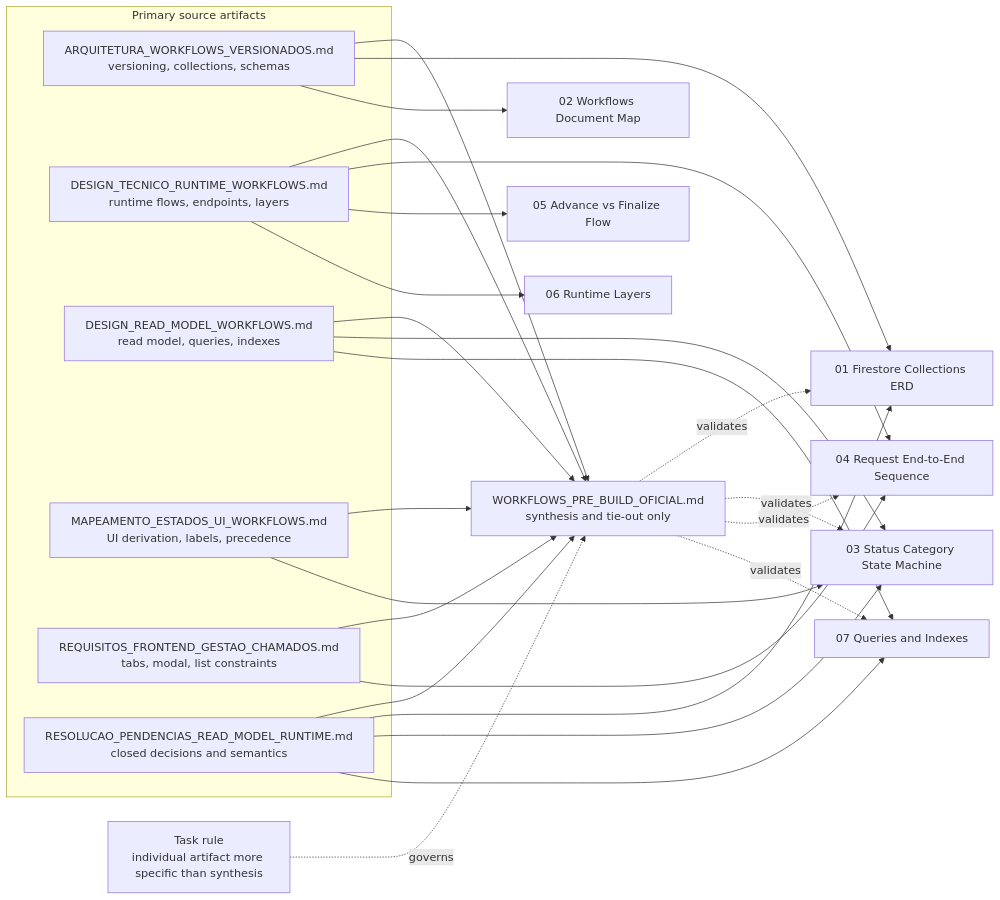
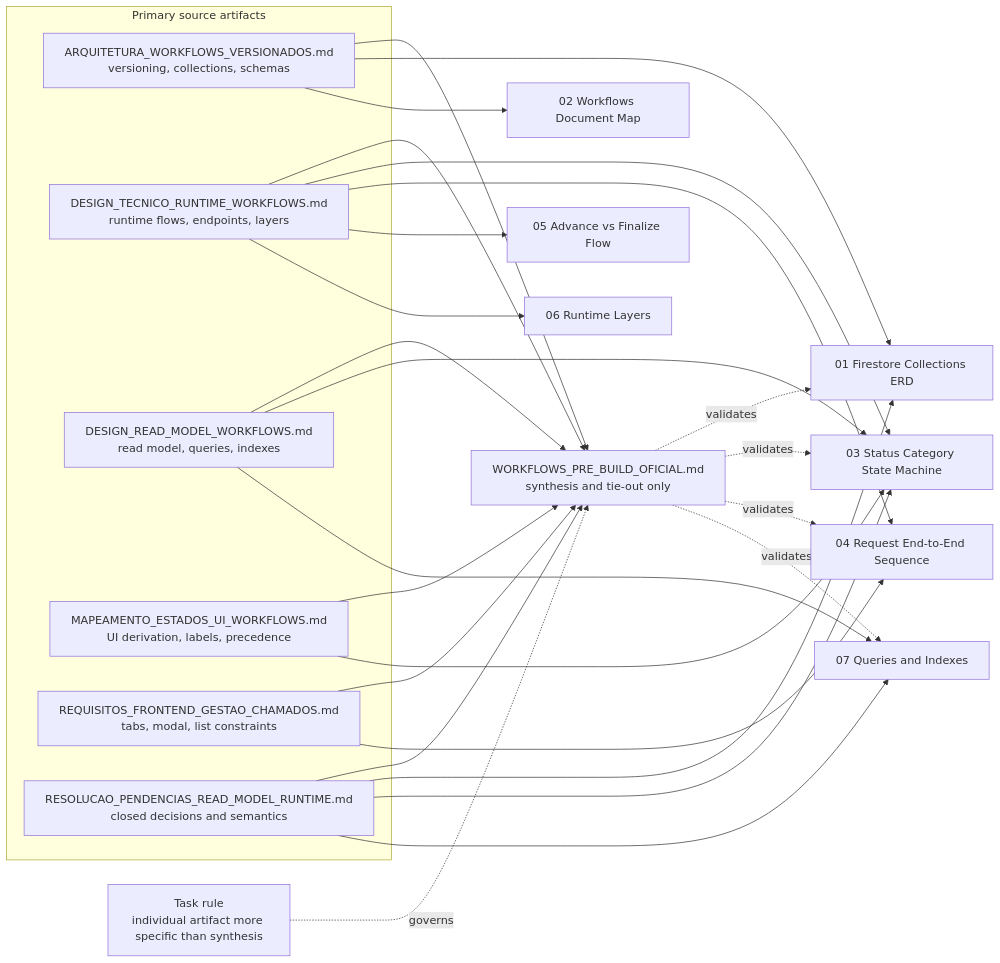
The diagram in docs/workflows_new/docs_step2/diagrams/02-workflows-document-map.mmd (3Ainvestimentos/Connect-backup), drawn with Mermaid before and after one commit. The commit also changed 1 other file, not shown here.

Commit message:
update diagrams

```diff
--- a/docs/workflows_new/docs_step2/diagrams/02-workflows-document-map.mmd
+++ b/docs/workflows_new/docs_step2/diagrams/02-workflows-document-map.mmd
@@ -1,37 +1,38 @@
 flowchart LR
     R["Task rule<br/>individual artifact more specific than synthesis"] -. governs .-> S
 
     subgraph P["Primary source artifacts"]
         A["ARQUITETURA_WORKFLOWS_VERSIONADOS.md<br/>versioning, collections, schemas"]
         B["DESIGN_TECNICO_RUNTIME_WORKFLOWS.md<br/>runtime flows, endpoints, layers"]
         C["DESIGN_READ_MODEL_WORKFLOWS.md<br/>read model, queries, indexes"]
         D["MAPEAMENTO_ESTADOS_UI_WORKFLOWS.md<br/>UI derivation, labels, precedence"]
         E["REQUISITOS_FRONTEND_GESTAO_CHAMADOS.md<br/>tabs, modal, list constraints"]
         F["RESOLUCAO_PENDENCIAS_READ_MODEL_RUNTIME.md<br/>closed decisions and semantics"]
     end
 
     S["WORKFLOWS_PRE_BUILD_OFICIAL.md<br/>synthesis and tie-out only"]
 
     A --> S
     B --> S
     C --> S
     D --> S
     E --> S
     F --> S
 
     A --> D1["01 Firestore Collections ERD"]
     A --> D2["02 Workflows Document Map"]
+    B --> D3["03 Status Category State Machine"]
     B --> D4["04 Request End-to-End Sequence"]
     B --> D5["05 Advance vs Finalize Flow"]
     B --> D6["06 Runtime Layers"]
     C --> D3["03 Status Category State Machine"]
     C --> D7["07 Queries and Indexes"]
     D --> D3
     E --> D4
     F --> D1
     F --> D3
     F --> D7
     S -. validates .-> D1
     S -. validates .-> D3
     S -. validates .-> D4
     S -. validates .-> D7
```
